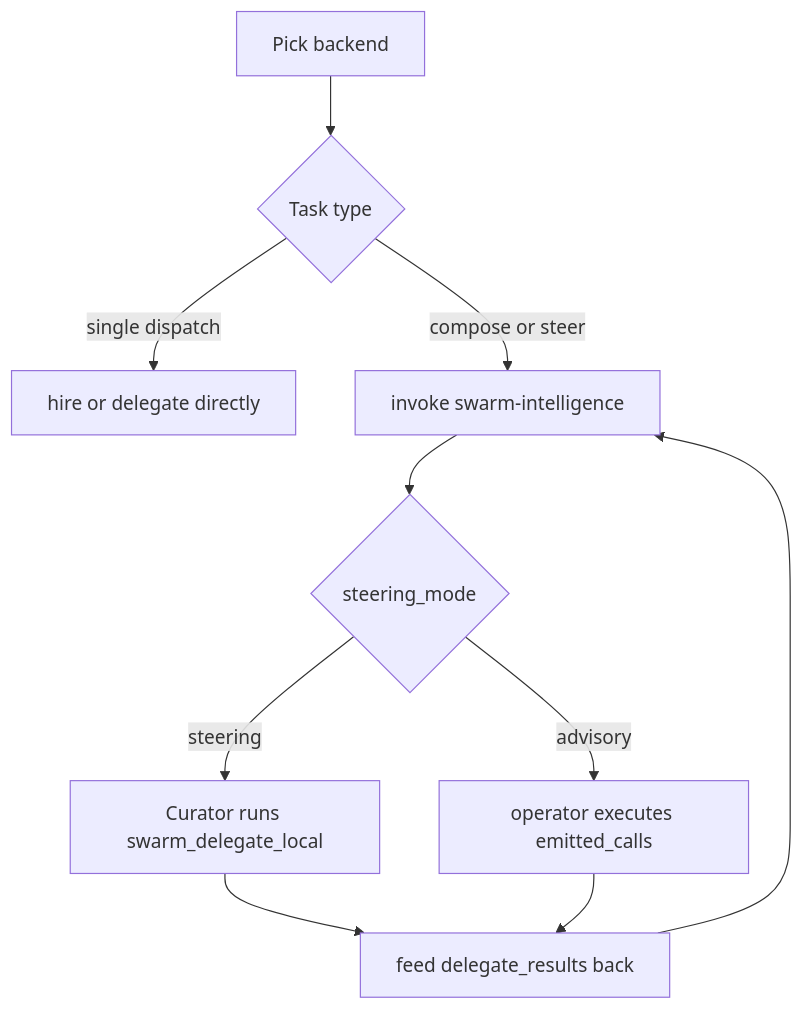
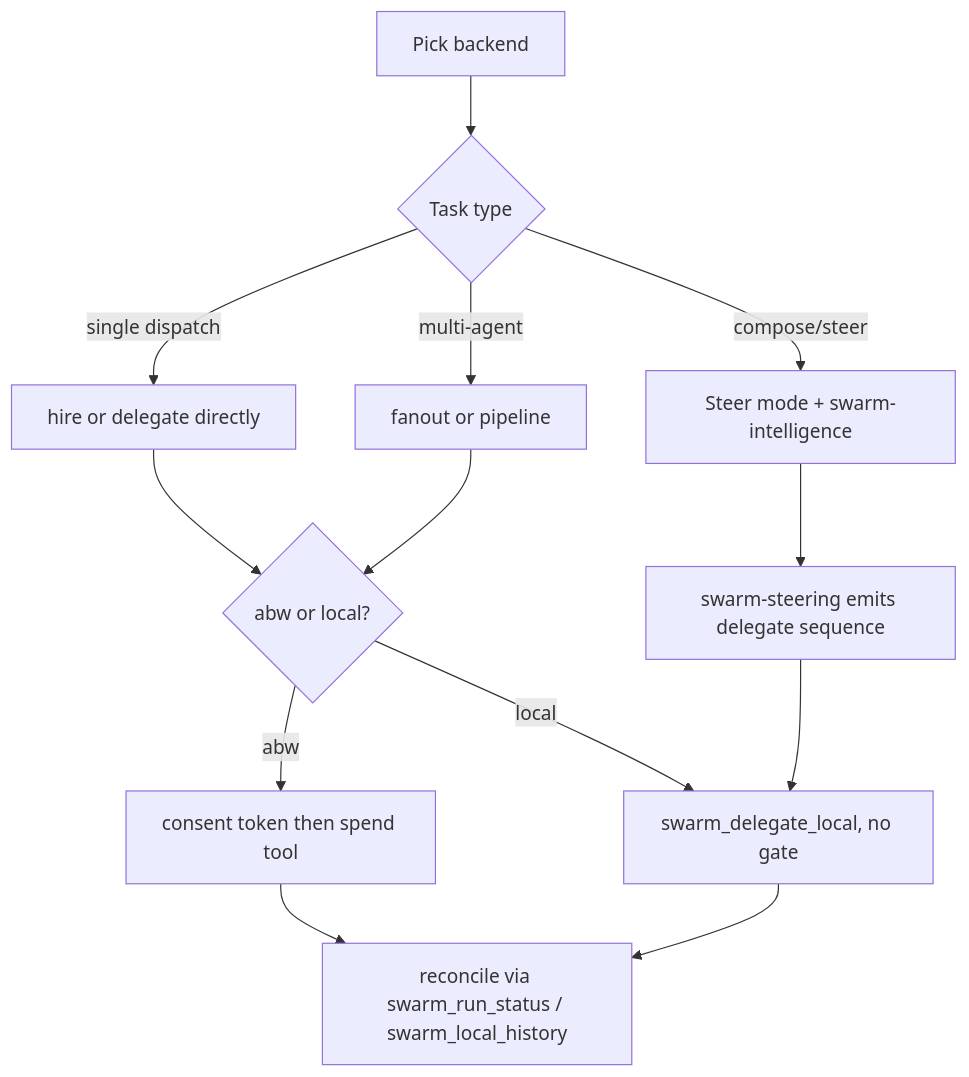
Before and after one commit to mdz-axo/zed-kask: the first of 2 diagrams in kask/docs/diataxis/swarm_system/how-to.md, drawn with Mermaid. The commit also changed other lines of this file and 41 other files, not shown here.

````diff
--- a/kask/docs/diataxis/swarm_system/how-to.md
+++ b/kask/docs/diataxis/swarm_system/how-to.md
@@ -37,12 +42,15 @@
 ```mermaid
 flowchart TD
     P[Pick backend] --> Q{Task type}
     Q -->|single dispatch| D[hire or delegate directly]
-    Q -->|compose or steer| S[invoke swarm-intelligence]
-    S --> M{steering_mode}
-    M -->|advisory| OP[operator executes emitted_calls]
-    M -->|steering| CU[Curator runs swarm_delegate_local]
-    CU --> FB[feed delegate_results back]
-    OP --> FB
-    FB --> S
+    Q -->|multi-agent| F[fanout or pipeline]
+    Q -->|compose/steer| S[Steer mode + swarm-intelligence]
+    D --> G{abw or local?}
+    G -->|abw| H[consent token then spend tool]
+    G -->|local| L[swarm_delegate_local, no gate]
+    F --> G
+    S --> R[swarm-steering emits delegate sequence]
+    R --> L
+    H --> REC[reconcile via swarm_run_status / swarm_local_history]
+    L --> REC
 ```
````
